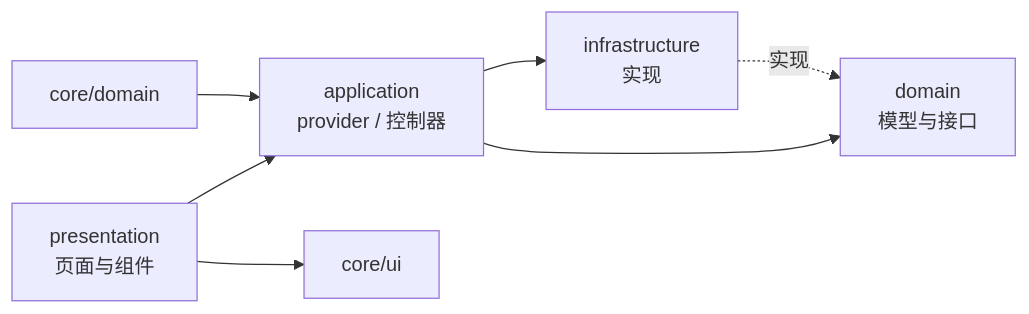
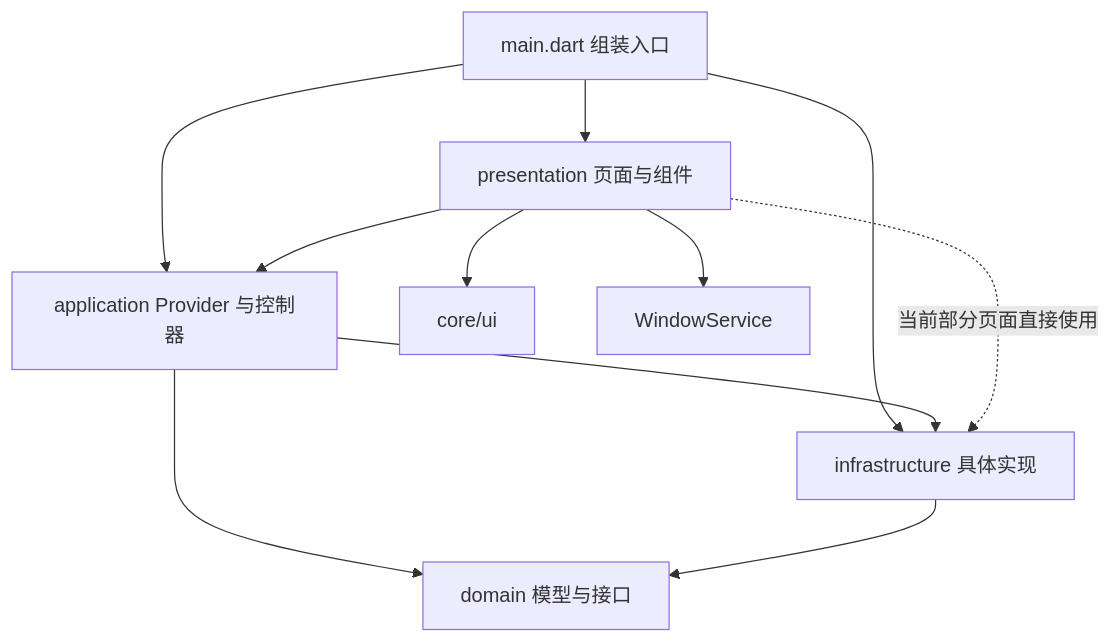
Before and after one commit to sen-to/mochi_player: the second of 3 diagrams in docs/architecture/overview.md, drawn with Mermaid. The commit also changed other lines of this file and 29 other files, not shown here.

First line of the commit message:
docs: 整理项目文档，替换截图格式，完善架构与实施内容

````diff
--- a/docs/architecture/overview.md
+++ b/docs/architecture/overview.md
@@ -22,9 +40,13 @@
 ```mermaid
-graph LR
-  P[presentation<br/>页面与组件] --> A[application<br/>provider / 控制器]
-  A --> D[domain<br/>模型与接口]
-  I[infrastructure<br/>实现] -.实现.-> D
+flowchart TD
+  Root["main.dart 组装入口"] --> P["presentation 页面与组件"]
+  Root --> A["application Provider 与控制器"]
+  Root --> I["infrastructure 具体实现"]
+  P --> A
+  A --> D["domain 模型与接口"]
+  I --> D
   A --> I
-  CORE[core/domain] --> A
-  P --> UI[core/ui]
+  P -. "当前部分页面直接使用" .-> I
+  P --> UI["core/ui"]
+  P --> W["WindowService"]
 ```
````
